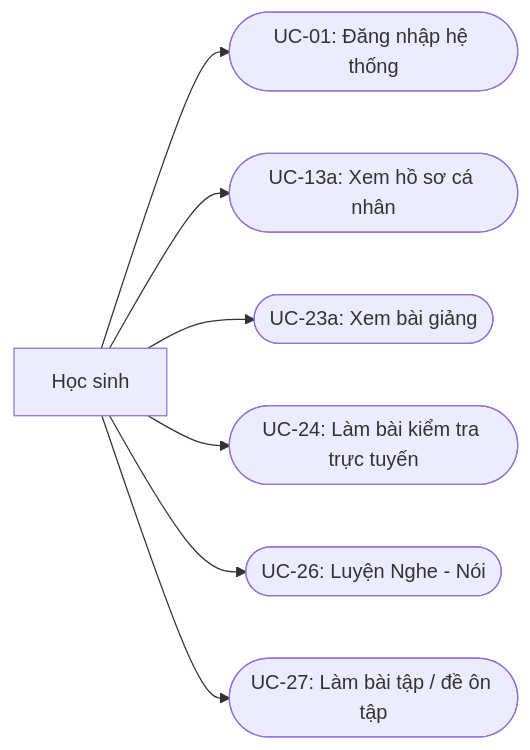
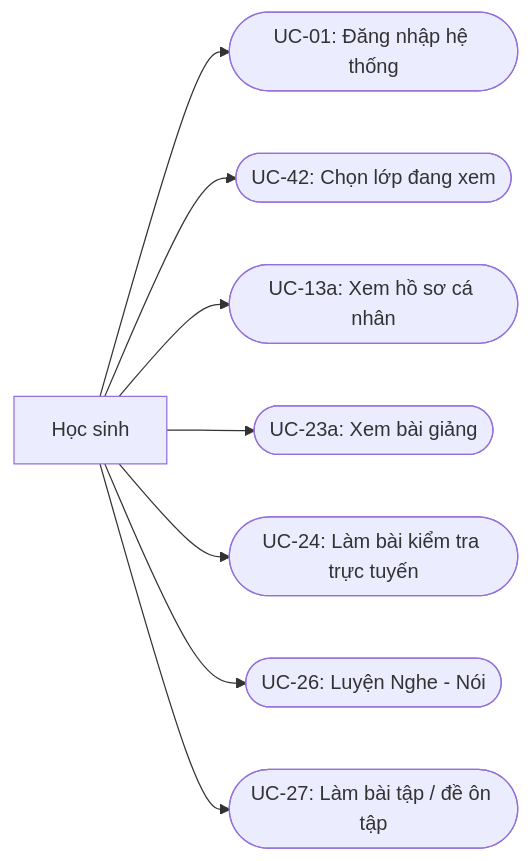
The first of 21 diagrams in docs/srs.md (langtuananh2424/pps-education), drawn with Mermaid before and after one commit. The commit also changed other lines of this file and 3 other files, not shown here.

````diff
--- a/docs/srs.md
+++ b/docs/srs.md
@@ -677,18 +689,20 @@
 ```mermaid
 graph LR
     HocSinh[Học sinh]
 
     UC01(["UC-01: Đăng nhập hệ thống"])
+    UC42(["UC-42: Chọn lớp đang xem"])
     UC13a(["UC-13a: Xem hồ sơ cá nhân"])
     UC23a(["UC-23a: Xem bài giảng"])
     UC24(["UC-24: Làm bài kiểm tra trực tuyến"])
     UC26(["UC-26: Luyện Nghe - Nói"])
     UC27(["UC-27: Làm bài tập / đề ôn tập"])
 
     HocSinh --> UC01
+    HocSinh --> UC42
     HocSinh --> UC13a
     HocSinh --> UC23a
     HocSinh --> UC24
     HocSinh --> UC26
     HocSinh --> UC27
 ```
````
